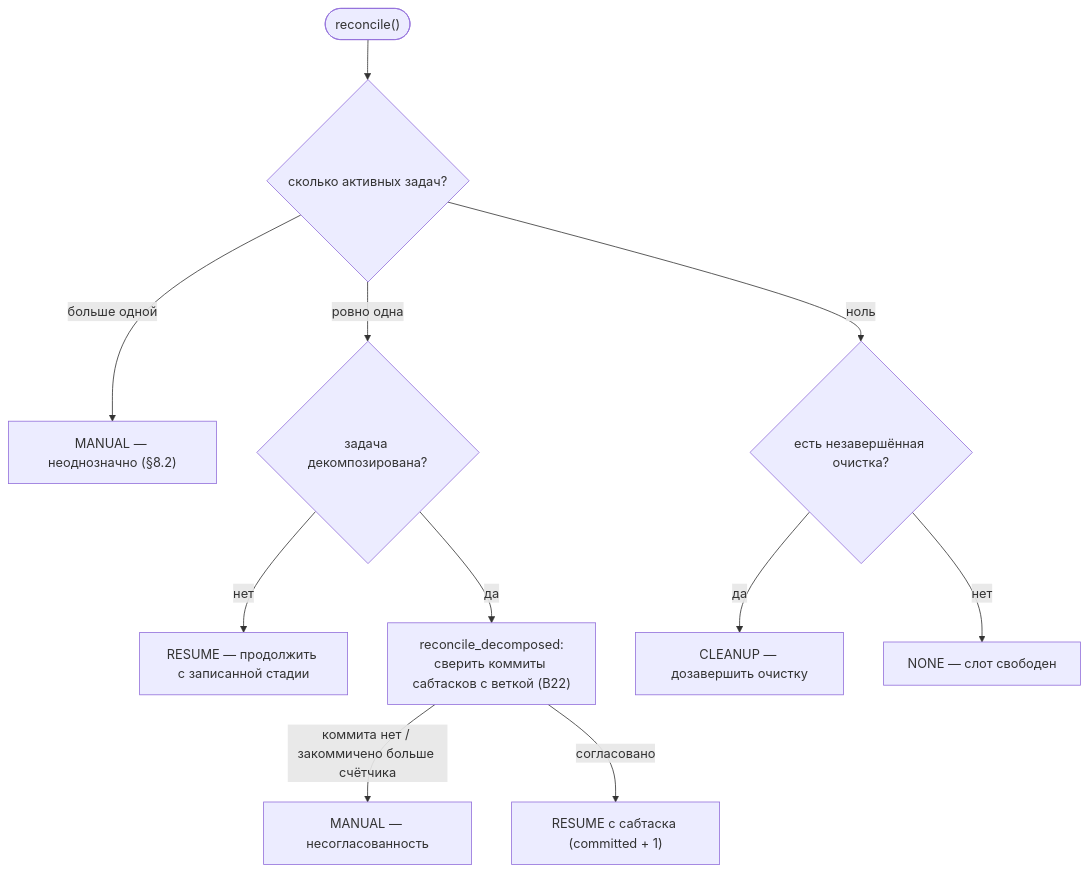
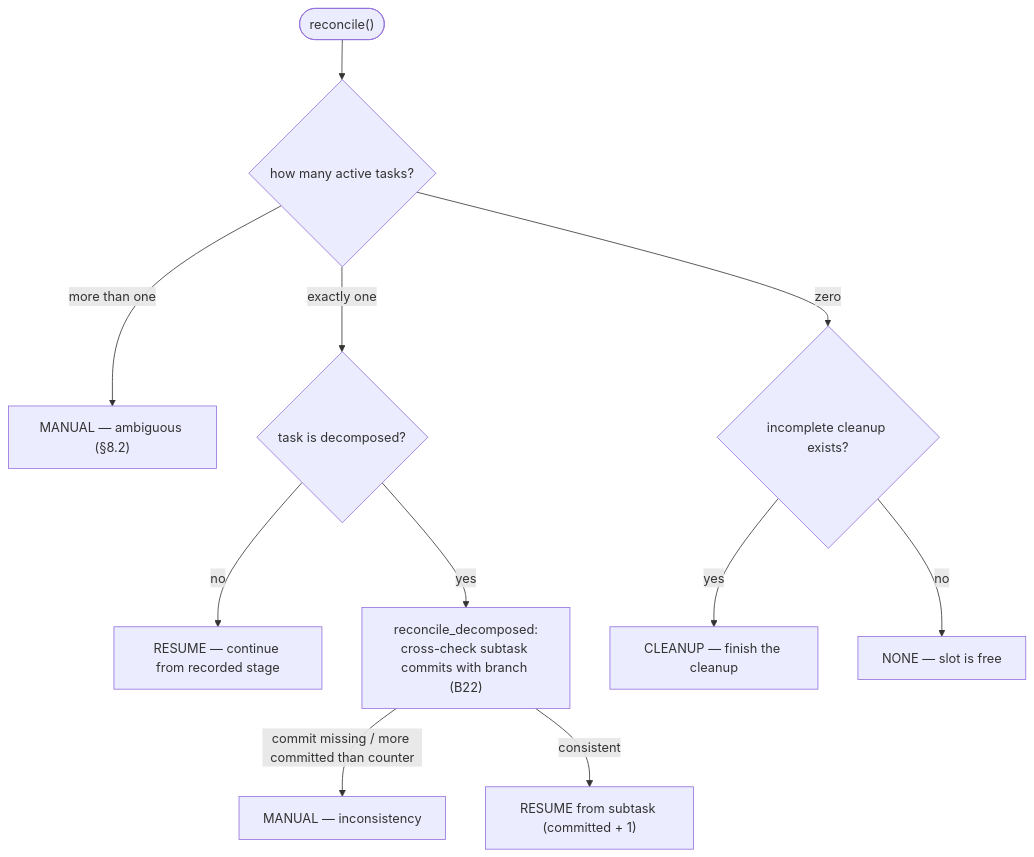
The diagram in docs/functional/blocks/B10-recovery-and-resume.md (VladimirMakarevich/wastech-orchestrator), drawn with Mermaid before and after one commit. The commit also changed other lines of this file and 41 other files, not shown here.

Commit message:
docs: translate system flows documentation from Russian to English, ensuring clarity and consistency in terminology. Update sequence diagrams and flowcharts to reflect the changes in language. Maintain the structure and references to blocks for ease of navigation.

````diff
--- a/docs/functional/blocks/B10-recovery-and-resume.md
+++ b/docs/functional/blocks/B10-recovery-and-resume.md
@@ -43,13 +43,13 @@
 ```mermaid
 flowchart TB
-    start(["reconcile()"]) --> n{"сколько активных задач?"}
-    n -->|больше одной| manualN["MANUAL — неоднозначно (§8.2)"]
-    n -->|ровно одна| dec{"задача декомпозирована?"}
-    n -->|ноль| cl{"есть незавершённая очистка?"}
-    dec -->|нет| resume["RESUME — продолжить с записанной стадии"]
-    dec -->|да| recon["reconcile_decomposed:<br/>сверить коммиты сабтасков с веткой (B22)"]
-    recon -->|"коммита нет / закоммичено больше счётчика"| manualD["MANUAL — несогласованность"]
-    recon -->|согласовано| resumeK["RESUME с сабтаска (committed + 1)"]
-    cl -->|да| cleanup["CLEANUP — дозавершить очистку"]
-    cl -->|нет| none["NONE — слот свободен"]
+    start(["reconcile()"]) --> n{"how many active tasks?"}
+    n -->|more than one| manualN["MANUAL — ambiguous (§8.2)"]
+    n -->|exactly one| dec{"task is decomposed?"}
+    n -->|zero| cl{"incomplete cleanup exists?"}
+    dec -->|no| resume["RESUME — continue from recorded stage"]
+    dec -->|yes| recon["reconcile_decomposed:<br/>cross-check subtask commits with branch (B22)"]
+    recon -->|"commit missing / more committed than counter"| manualD["MANUAL — inconsistency"]
+    recon -->|consistent| resumeK["RESUME from subtask (committed + 1)"]
+    cl -->|yes| cleanup["CLEANUP — finish the cleanup"]
+    cl -->|no| none["NONE — slot is free"]
 ```
````
